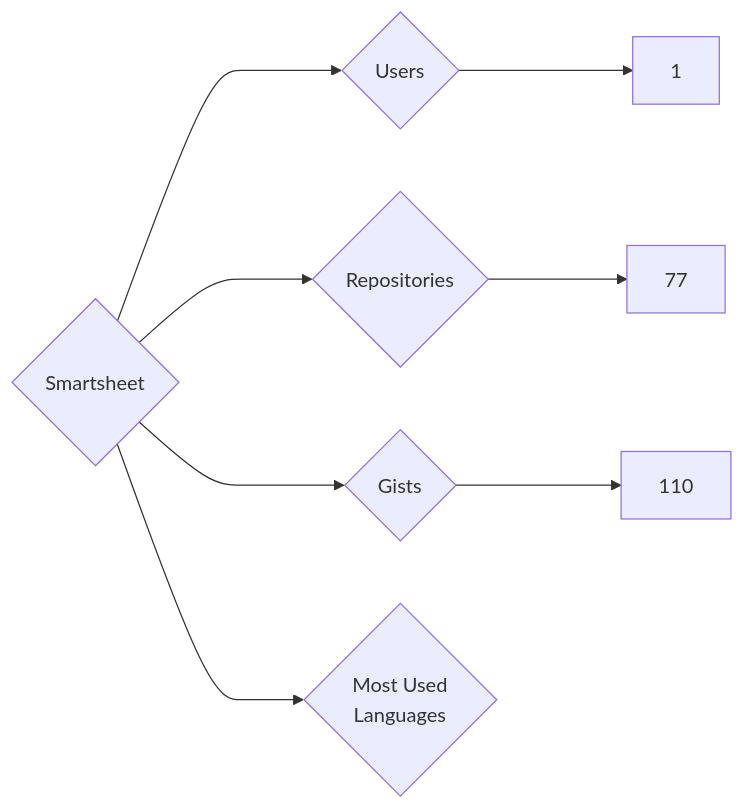
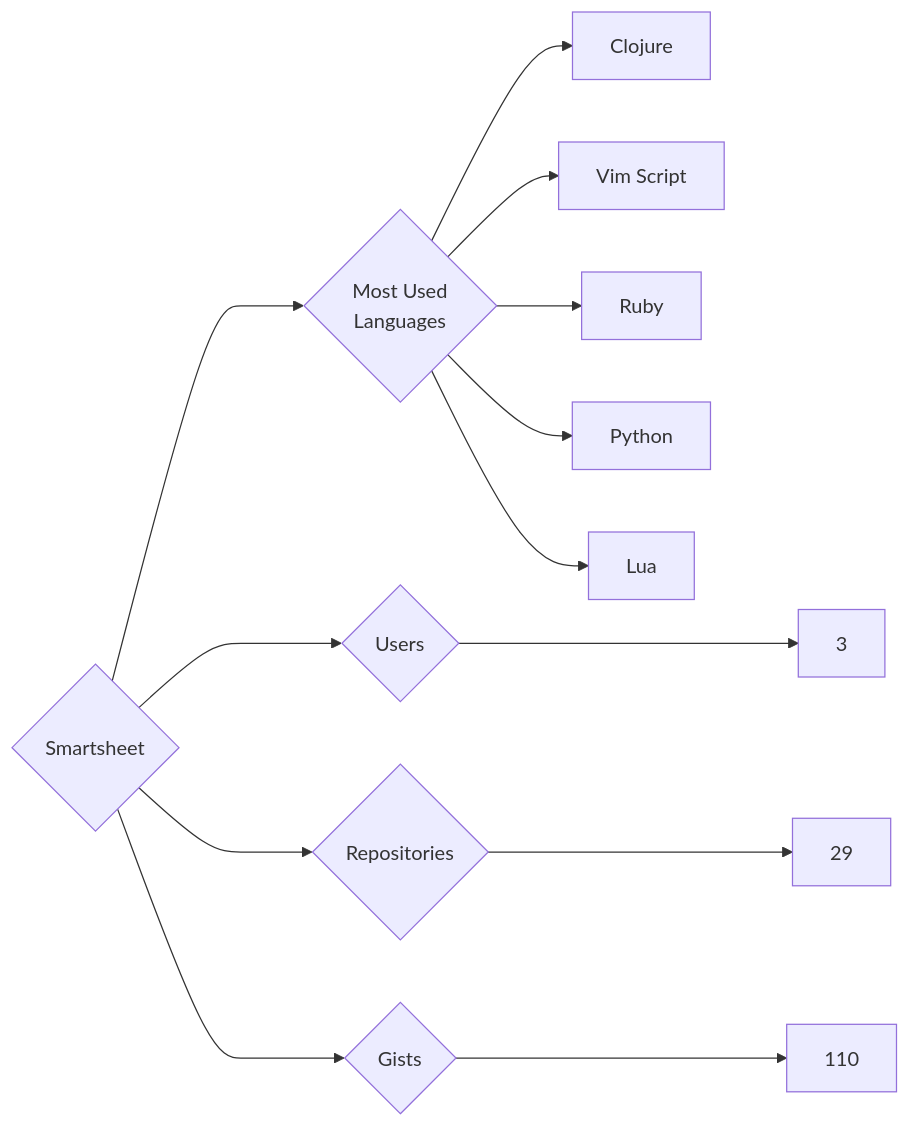
Before and after one commit to trickest/insiders: the diagram in targets/Smartsheet/README.md, drawn with Mermaid. The commit also changed 1389 other files, not shown here.

````diff
--- a/targets/Smartsheet/README.md
+++ b/targets/Smartsheet/README.md
@@ -3,8 +3,13 @@
 ```mermaid
 graph LR
 COMPANY_NAME{Smartsheet}
-COMPANY_NAME ---> U{Users} ---> UN[1]
-COMPANY_NAME ---> R{Repositories} ---> RN[77]
+COMPANY_NAME ---> U{Users} ---> UN[3]
+COMPANY_NAME ---> R{Repositories} ---> RN[29]
 COMPANY_NAME ---> G{Gists} ---> GN[110]
 COMPANY_NAME ---> ML{Most Used<br>Languages}
+ML --> Clojure[Clojure]
+ML --> Vim_Script[Vim Script]
+ML --> Ruby[Ruby]
+ML --> Python[Python]
+ML --> Lua[Lua]
 ```
````
